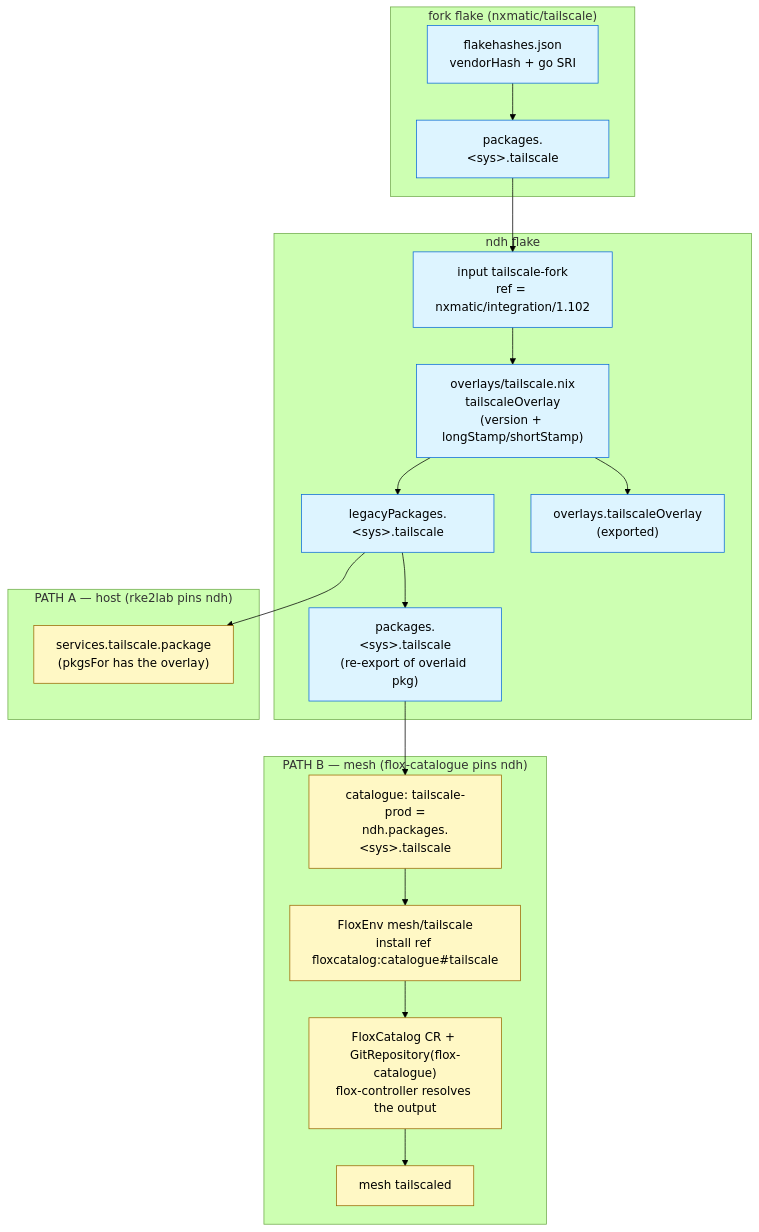
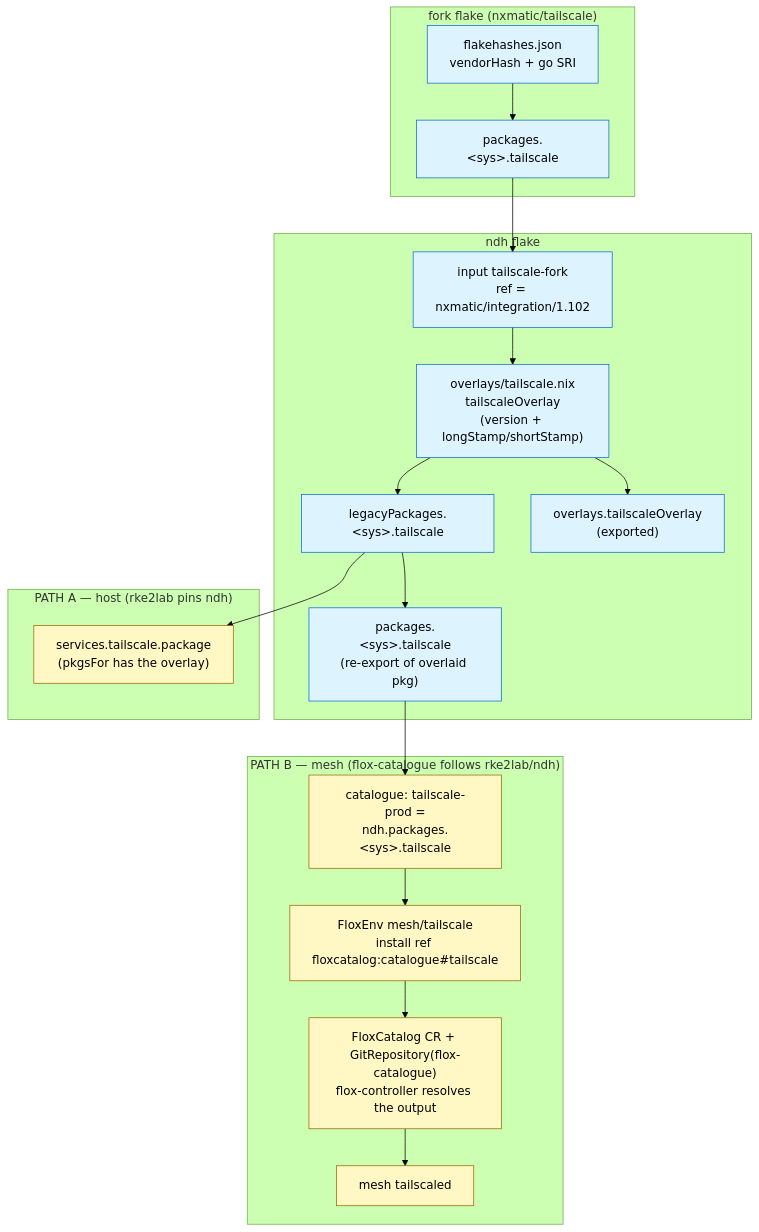
The second of 2 diagrams in docs/architecture/nixos-substrate/tailscale-fork-supply-chain.adoc (seedmatic/rke2lab), drawn with Mermaid (forest theme) before and after one commit. The commit also changed other lines of this file, not shown here.

First line of the commit message:
docs(tailscale): single ndh pin — flox-catalogue follows rke2lab/ndh

```diff
--- a/docs/architecture/nixos-substrate/tailscale-fork-supply-chain.adoc
+++ b/docs/architecture/nixos-substrate/tailscale-fork-supply-chain.adoc
@@ -81,42 +92,42 @@
 [mermaid]
 ....
 graph TD
     subgraph fork["fork flake (nxmatic/tailscale)"]
         FH["flakehashes.json<br/>vendorHash + go SRI"]:::art
         FP["packages.&lt;sys&gt;.tailscale"]:::art
         FH --> FP
     end
 
     subgraph ndh["ndh flake"]
         IN["input tailscale-fork<br/>ref = nxmatic/integration/1.102"]:::art
         OV["overlays/tailscale.nix<br/>tailscaleOverlay<br/>(version + longStamp/shortStamp)"]:::art
         LP["legacyPackages.&lt;sys&gt;.tailscale"]:::art
         PK["packages.&lt;sys&gt;.tailscale<br/>(re-export of overlaid pkg)"]:::art
         OX["overlays.tailscaleOverlay<br/>(exported)"]:::art
         IN --> OV
         OV --> LP
         OV --> OX
         LP --> PK
     end
 
     FP --> IN
 
     subgraph hostA["PATH A — host (rke2lab pins ndh)"]
         SVC["services.tailscale.package<br/>(pkgsFor has the overlay)"]:::run
         LP --> SVC
     end
 
-    subgraph meshB["PATH B — mesh (flox-catalogue pins ndh)"]
+    subgraph meshB["PATH B — mesh (flox-catalogue follows rke2lab/ndh)"]
         TP["catalogue: tailscale-prod =<br/>ndh.packages.&lt;sys&gt;.tailscale"]:::run
         FE["FloxEnv mesh/tailscale<br/>install ref floxcatalog:catalogue#tailscale"]:::run
         FC["FloxCatalog CR + GitRepository(flox-catalogue)<br/>flox-controller resolves the output"]:::run
         POD["mesh tailscaled"]:::run
         PK --> TP
         TP --> FE
         FE --> FC
         FC --> POD
     end
 
     classDef art fill:#ddf4ff,stroke:#0969da,color:#000;
     classDef run fill:#fff8c5,stroke:#9a6700,color:#000;
 ....
```
